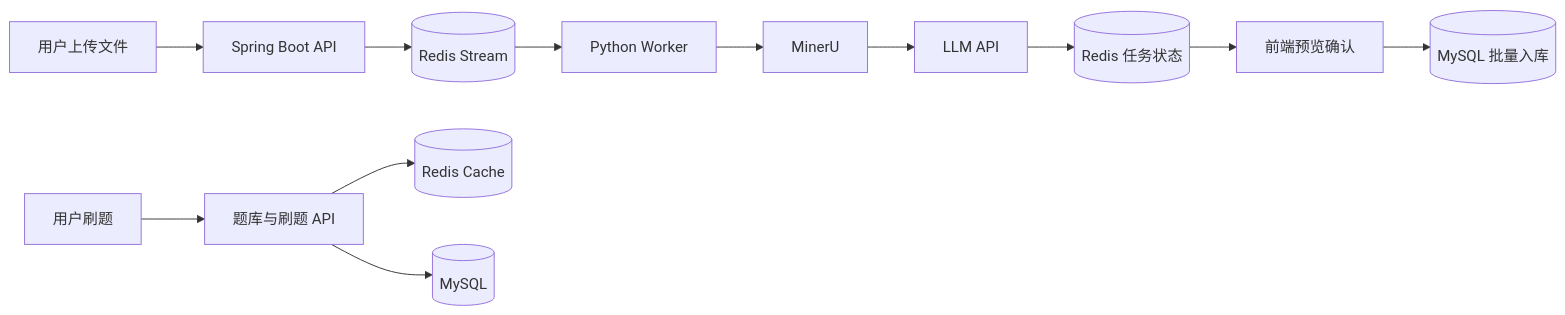
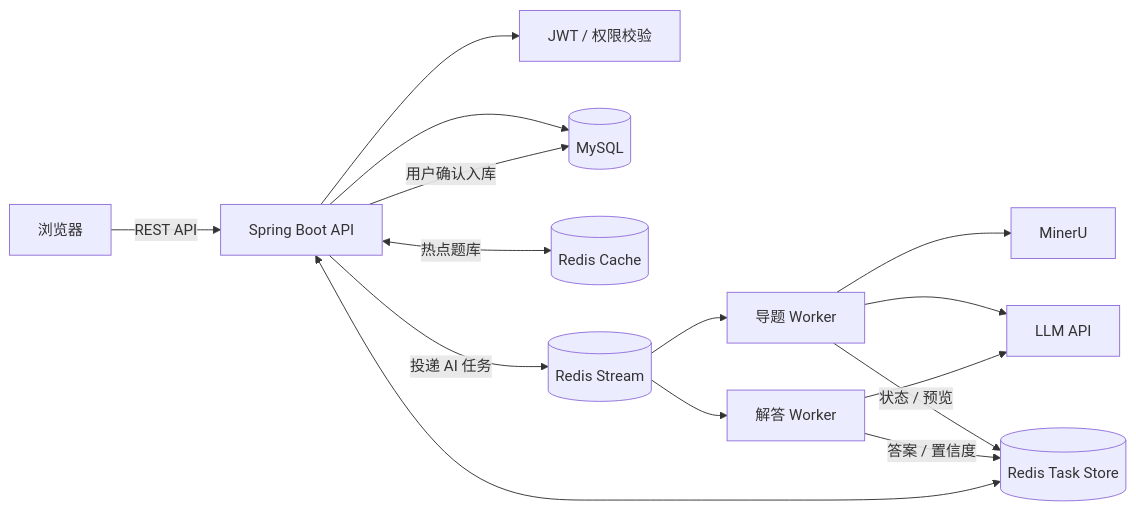
Before and after one commit to C1ouDreamW/iShua_backend: the first of 2 diagrams in README.md, drawn with Mermaid. The commit also changed other lines of this file and 1 other file, not shown here.

````diff
--- a/README.md
+++ b/README.md
@@ -37,15 +55,20 @@
 ```mermaid
 flowchart LR
-    A[用户上传文件] --> B[Spring Boot API]
-    B --> C[(Redis Stream)]
-    C --> D[Python Worker]
-    D --> E[MinerU]
-    E --> F[LLM API]
-    F --> G[(Redis 任务状态)]
-    G --> H[前端预览确认]
-    H --> I[(MySQL 批量入库)]
+    U[浏览器] -->|REST API| API[Spring Boot API]
 
-    J[用户刷题] --> K[题库与刷题 API]
-    K --> L[(Redis Cache)]
-    K --> M[(MySQL)]
+    API --> AUTH[JWT / 权限校验]
+    API --> DB[(MySQL)]
+    API <-->|热点题库| CACHE[(Redis Cache)]
+
+    API -->|投递 AI 任务| STREAM[(Redis Stream)]
+    STREAM --> IMPORT[导题 Worker]
+    STREAM --> ANSWER[解答 Worker]
+    IMPORT --> MINERU[MinerU]
+    IMPORT --> LLM[LLM API]
+    ANSWER --> LLM
+
+    IMPORT -->|状态 / 预览| REDIS[(Redis Task Store)]
+    ANSWER -->|答案 / 置信度| REDIS
+    API <--> REDIS
+    API -->|用户确认入库| DB
 ```
````
